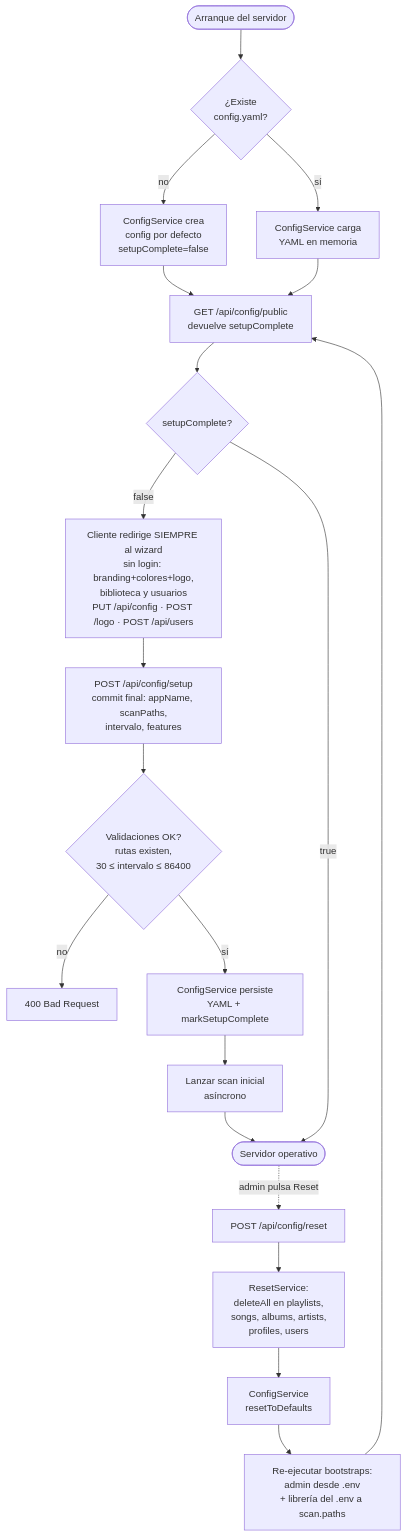
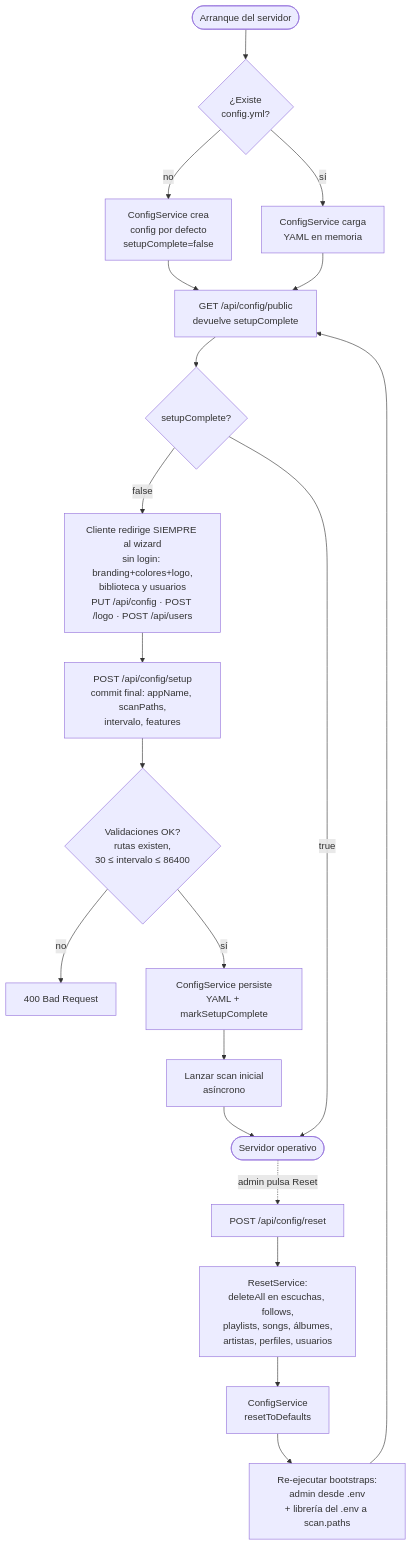
One commit to conguchu/selfpotify changed the first of 34 diagrams in README.md. Above: the diagram before and after it, drawn with Mermaid. The commit also changed 1 other file, not shown here.

Commit message:
docs: corregir el diagrama de reset (escuchas y follows) y el detalle de tablas borradas

````diff
--- a/README.md
+++ b/README.md
@@ -95,22 +95,22 @@
 ```mermaid
 flowchart TD
-    Start([Arranque del servidor]) --> Load{¿Existe<br/>config.yaml?}
+    Start([Arranque del servidor]) --> Load{¿Existe<br/>config.yml?}
     Load -- no --> Defaults[ConfigService crea<br/>config por defecto<br/>setupComplete=false]
     Load -- sí --> Read[ConfigService carga<br/>YAML en memoria]
     Defaults --> Public
     Read --> Public[GET /api/config/public<br/>devuelve setupComplete]
     Public --> Decide{setupComplete?}
     Decide -- false --> Wizard[Cliente redirige SIEMPRE al wizard<br/>sin login: branding+colores+logo,<br/>biblioteca y usuarios<br/>PUT /api/config · POST /logo · POST /api/users]
     Wizard --> Setup[POST /api/config/setup<br/>commit final: appName, scanPaths,<br/>intervalo, features]
     Setup --> Validate{Validaciones OK?<br/>rutas existen,<br/>30 ≤ intervalo ≤ 86400}
     Validate -- no --> Err400[400 Bad Request]
     Validate -- sí --> Persist[ConfigService persiste<br/>YAML + markSetupComplete]
     Persist --> AsyncScan[Lanzar scan inicial<br/>asíncrono]
     AsyncScan --> Ready([Servidor operativo])
     Decide -- true --> Ready
     Ready -. admin pulsa Reset .-> Reset[POST /api/config/reset]
-    Reset --> Wipe[ResetService:<br/>deleteAll en playlists,<br/>songs, albums, artists,<br/>profiles, users]
+    Reset --> Wipe[ResetService:<br/>deleteAll en escuchas, follows,<br/>playlists, songs, álbumes,<br/>artistas, perfiles, usuarios]
     Wipe --> ResetCfg[ConfigService<br/>resetToDefaults]
     ResetCfg --> Reboot[Re-ejecutar bootstraps:<br/>admin desde .env<br/>+ librería del .env a scan.paths]
     Reboot --> Public
 ```
````
